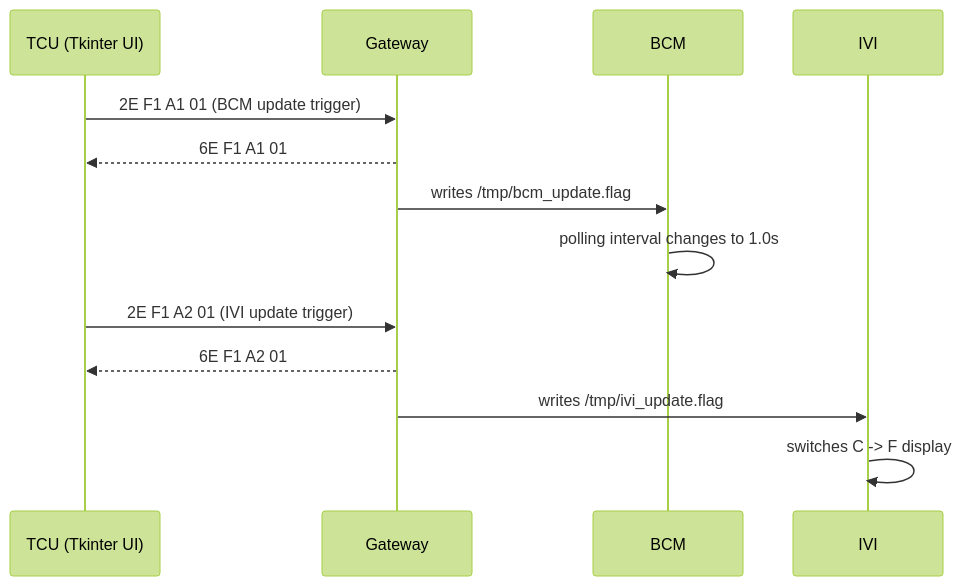
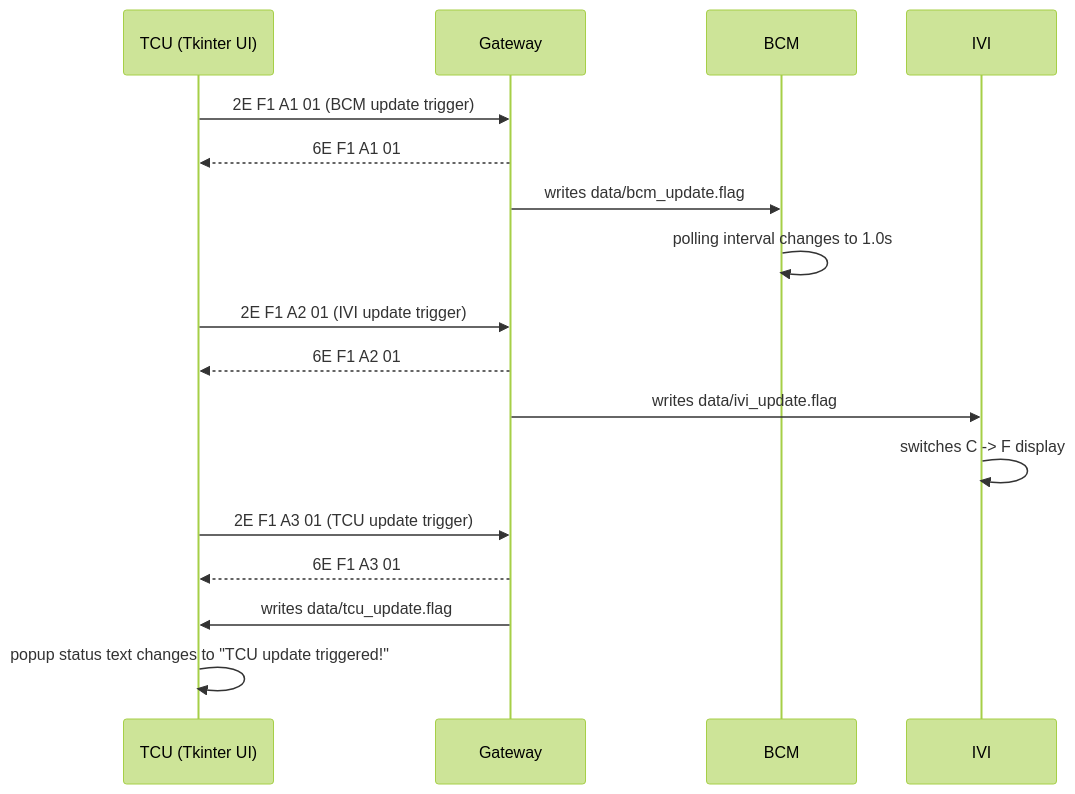
The fourth of 4 diagrams in README.md (Komal-kalyanraman/virtual-car), drawn with Mermaid (forest theme) before and after one commit. The commit also changed other lines of this file and 5 other files, not shown here.

Commit message:
Refactor update trigger handling to use data directory for flag files and enhance TCU functionality

````diff
--- a/README.md
+++ b/README.md
@@ -130,17 +132,22 @@
 ```mermaid
 sequenceDiagram
   participant TCU as TCU (Tkinter UI)
   participant GW as Gateway
   participant BCM as BCM
   participant IVI as IVI
 
   TCU->>GW: 2E F1 A1 01 (BCM update trigger)
   GW-->>TCU: 6E F1 A1 01
-  GW->>BCM: writes /tmp/bcm_update.flag
+  GW->>BCM: writes data/bcm_update.flag
   BCM->>BCM: polling interval changes to 1.0s
 
   TCU->>GW: 2E F1 A2 01 (IVI update trigger)
   GW-->>TCU: 6E F1 A2 01
-  GW->>IVI: writes /tmp/ivi_update.flag
+  GW->>IVI: writes data/ivi_update.flag
   IVI->>IVI: switches C -> F display
+
+  TCU->>GW: 2E F1 A3 01 (TCU update trigger)
+  GW-->>TCU: 6E F1 A3 01
+  GW->>TCU: writes data/tcu_update.flag
+  TCU->>TCU: popup status text changes to "TCU update triggered!"
 ```
````
